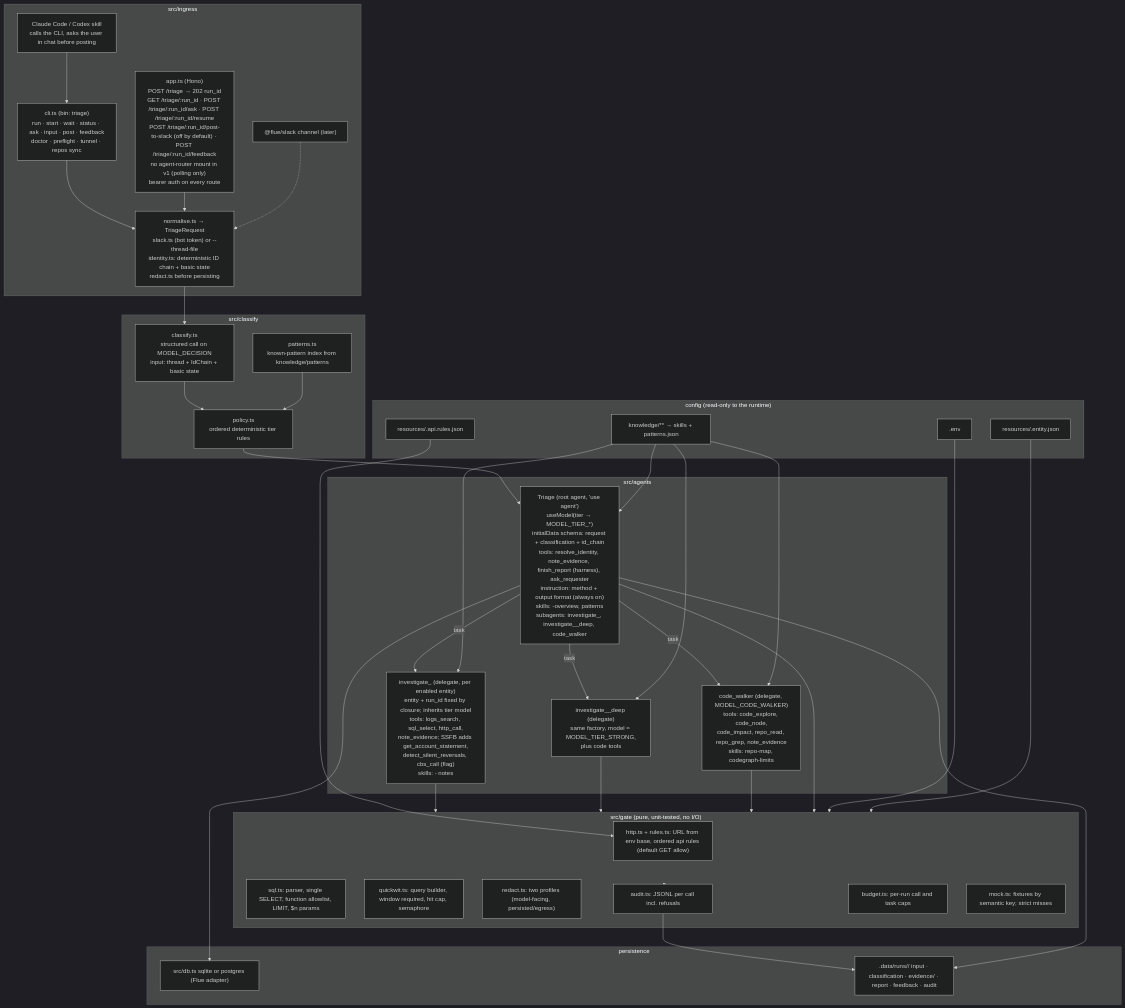
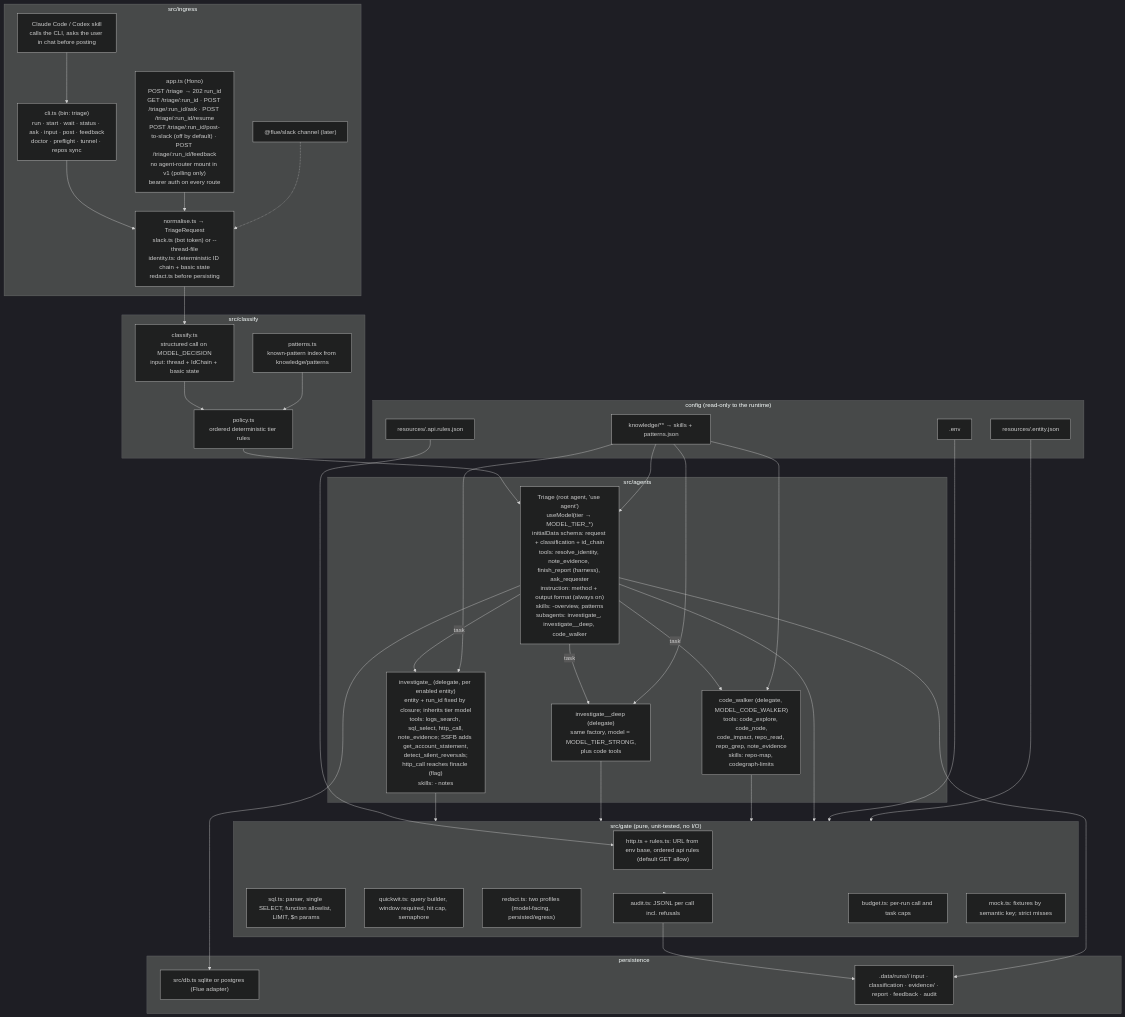
One commit to varun-aspora/triage-app changed the diagram in docs/02-hld-detailed.md. Above: the diagram before and after it, drawn with Mermaid (dark theme). The commit also changed other lines of this file and 78 other files, not shown here.

First line of the commit message:
feat(D110, D111): one tool per capability with an entity field; CBS through http_call

````diff
--- a/docs/02-hld-detailed.md
+++ b/docs/02-hld-detailed.md
@@ -5,64 +5,64 @@
 ```mermaid
 flowchart TB
     subgraph Ingress["src/ingress"]
         CLI["cli.ts (bin: triage)<br/>run · start · wait · status · ask · input · post · feedback<br/>doctor · preflight · tunnel · repos sync"]
         API["app.ts (Hono)<br/>POST /triage → 202 run_id<br/>GET /triage/:run_id · POST /triage/:run_id/ask · POST /triage/:run_id/resume<br/>POST /triage/:run_id/post-to-slack (off by default) · POST /triage/:run_id/feedback<br/>no agent-router mount in v1 (polling only)<br/>bearer auth on every route"]
         SKILL["Claude Code / Codex skill<br/>calls the CLI, asks the user in chat before posting"]
         SLACKCH["@flue/slack channel (later)"]
         NORM["normalise.ts → TriageRequest<br/>slack.ts (bot token) or --thread-file<br/>identity.ts: deterministic ID chain + basic state<br/>redact.ts before persisting"]
     end
 
     subgraph Classify["src/classify"]
         CLS["classify.ts<br/>structured call on MODEL_DECISION<br/>input: thread + IdChain + basic state"]
         POL["policy.ts<br/>ordered deterministic tier rules"]
         KBM["patterns.ts<br/>known-pattern index from knowledge/patterns"]
     end
 
     subgraph Agents["src/agents"]
         TRI["Triage (root agent, 'use agent')<br/>useModel(tier → MODEL_TIER_*)<br/>initialData schema: request + classification + id_chain<br/>tools: resolve_identity, note_evidence, finish_report (harness), ask_requester<br/>instruction: method + output format (always on)<br/>skills: <entity>-overview, patterns<br/>subagents: investigate_<entity>, investigate_<entity>_deep, code_walker"]
-        INV["investigate_<entity> (delegate, per enabled entity)<br/>entity + run_id fixed by closure; inherits tier model<br/>tools: logs_search, sql_select, http_call,<br/>note_evidence; SSFB adds get_account_statement,<br/>detect_silent_reversals, cbs_call (flag)<br/>skills: <entity>-<service> notes"]
+        INV["investigate_<entity> (delegate, per enabled entity)<br/>entity + run_id fixed by closure; inherits tier model<br/>tools: logs_search, sql_select, http_call,<br/>note_evidence; SSFB adds get_account_statement,<br/>detect_silent_reversals;<br/>http_call reaches finacle (flag)<br/>skills: <entity>-<service> notes"]
         DEEP["investigate_<entity>_deep (delegate)<br/>same factory, model = MODEL_TIER_STRONG,<br/>plus code tools"]
         CW["code_walker (delegate, MODEL_CODE_WALKER)<br/>tools: code_explore, code_node,<br/>code_impact, repo_read, repo_grep, note_evidence<br/>skills: repo-map, codegraph-limits"]
     end
 
     subgraph Gate["src/gate (pure, unit-tested, no I/O)"]
         G1["http.ts + rules.ts: URL from env base, ordered api rules (default GET allow)"]
         G2["sql.ts: parser, single SELECT, function allowlist, LIMIT, $n params"]
         G3["quickwit.ts: query builder, window required, hit cap, semaphore"]
         G4["redact.ts: two profiles (model-facing, persisted/egress)"]
         G5["audit.ts: JSONL per call incl. refusals"]
         G6["budget.ts: per-run call and task caps"]
         G7["mock.ts: fixtures by semantic key; strict misses"]
     end
 
     subgraph Config["config (read-only to the runtime)"]
         ENV[".env"]
         REG["resources/<entity>.entity.json"]
         ALLOW["resources/<entity>.api.rules.json"]
         KNOW["knowledge/** → skills + patterns.json"]
     end
 
     subgraph Persist["persistence"]
         DB["src/db.ts sqlite or postgres (Flue adapter)"]
         RUN[".data/runs/<run_id>/ input · classification · evidence/ · report · feedback · audit"]
     end
 
     CLI --> NORM
     API --> NORM
     SKILL --> CLI
     SLACKCH -.-> NORM
     NORM --> CLS --> POL --> TRI
     KBM --> POL
     TRI -- task --> INV
     TRI -- task --> DEEP
     TRI -- task --> CW
     INV & DEEP & CW --> Gate
     TRI --> Gate
     ENV --> Gate
     REG --> Gate
     ALLOW --> G1
     KNOW --> TRI & INV & DEEP & CW
     Gate --> G5 --> RUN
     TRI --> RUN
     TRI --> DB
 ```
````
